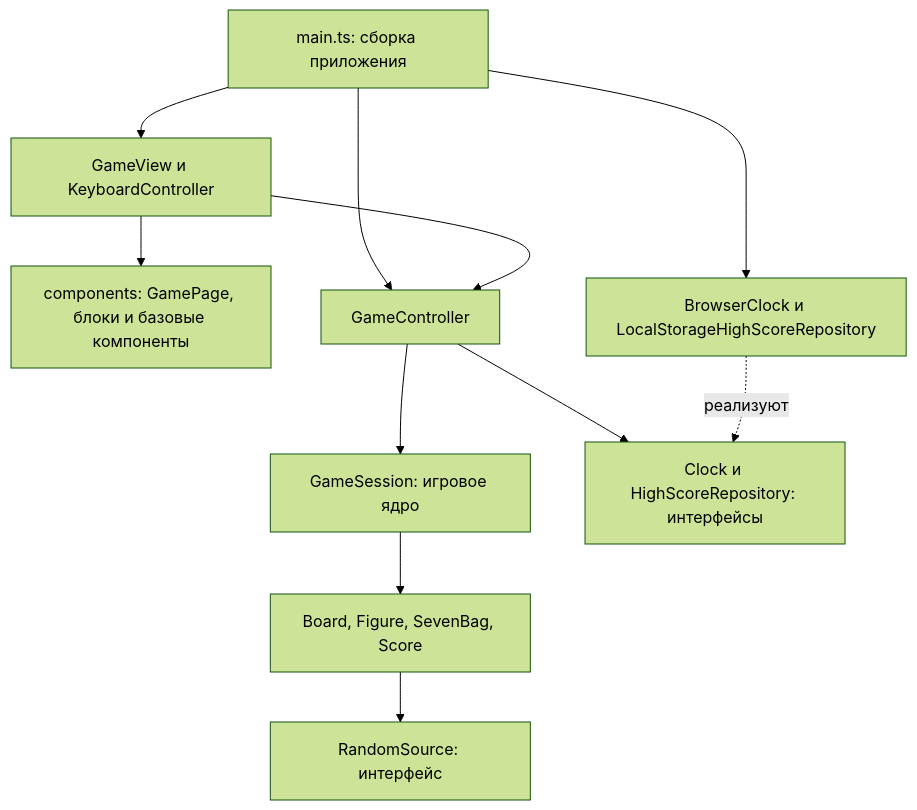
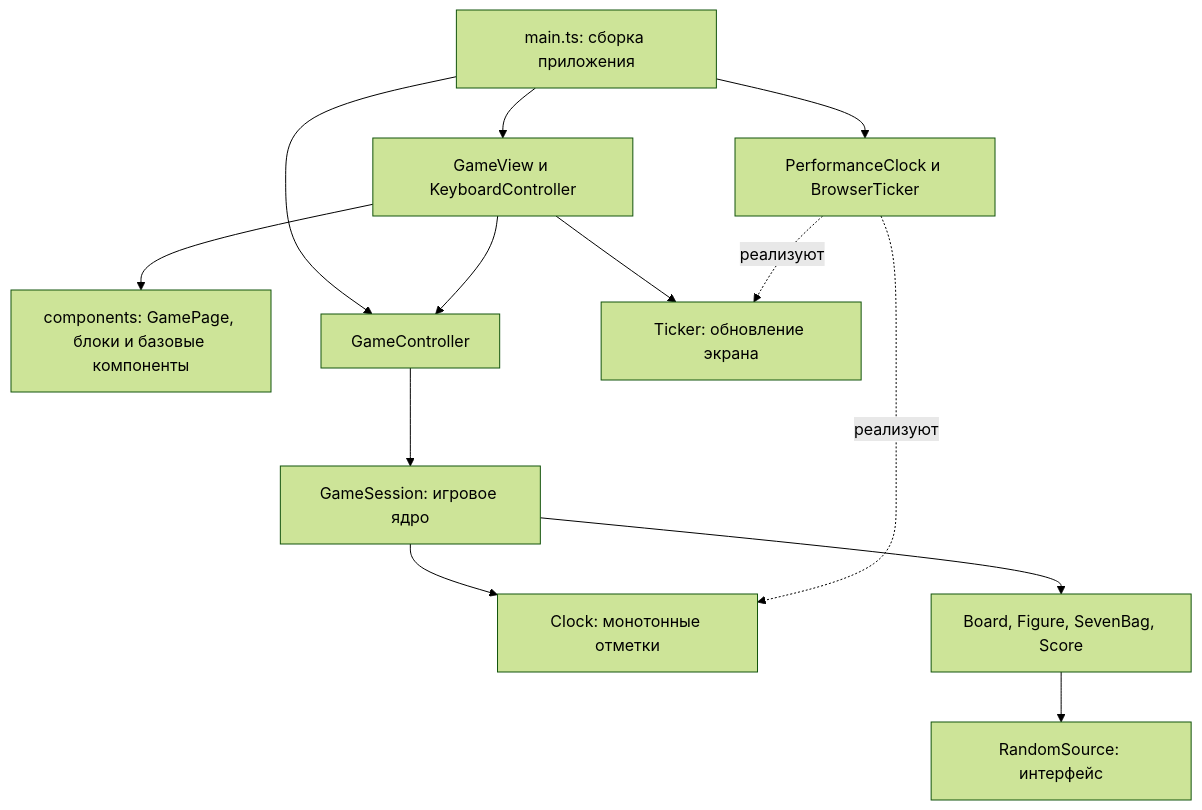
Before and after one commit to amedvedevx/tetris-oop: the diagram in docs/architecture.md, drawn with Mermaid (forest theme). The commit also changed other lines of this file and 41 other files, not shown here.

````diff
--- a/docs/architecture.md
+++ b/docs/architecture.md
@@ -38,13 +38,15 @@
 ```mermaid
 flowchart TD
     Bootstrap[main.ts: сборка приложения] --> UI[GameView и KeyboardController]
     UI --> Components[components: GamePage, блоки и базовые компоненты]
-    Bootstrap --> Adapters[BrowserClock и LocalStorageHighScoreRepository]
+    Bootstrap --> Adapters[PerformanceClock и BrowserTicker]
     Bootstrap --> App[GameController]
     UI --> App
     App --> Domain[GameSession: игровое ядро]
-    App --> Ports[Clock и HighScoreRepository: интерфейсы]
-    Adapters -. реализуют .-> Ports
+    Domain --> Clock[Clock: монотонные отметки]
+    UI --> Ticker[Ticker: обновление экрана]
+    Adapters -. реализуют .-> Clock
+    Adapters -. реализуют .-> Ticker
     Domain --> Models[Board, Figure, SevenBag, Score]
     Models --> Random[RandomSource: интерфейс]
 ```
````
